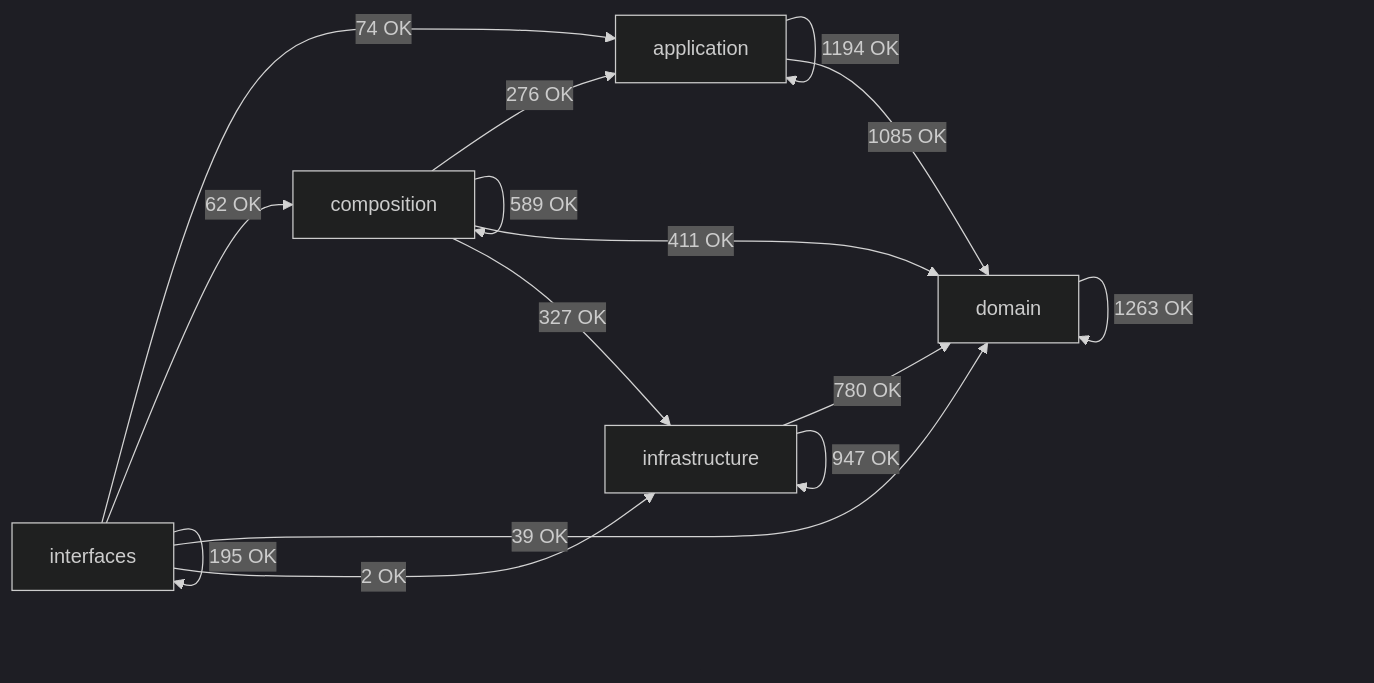
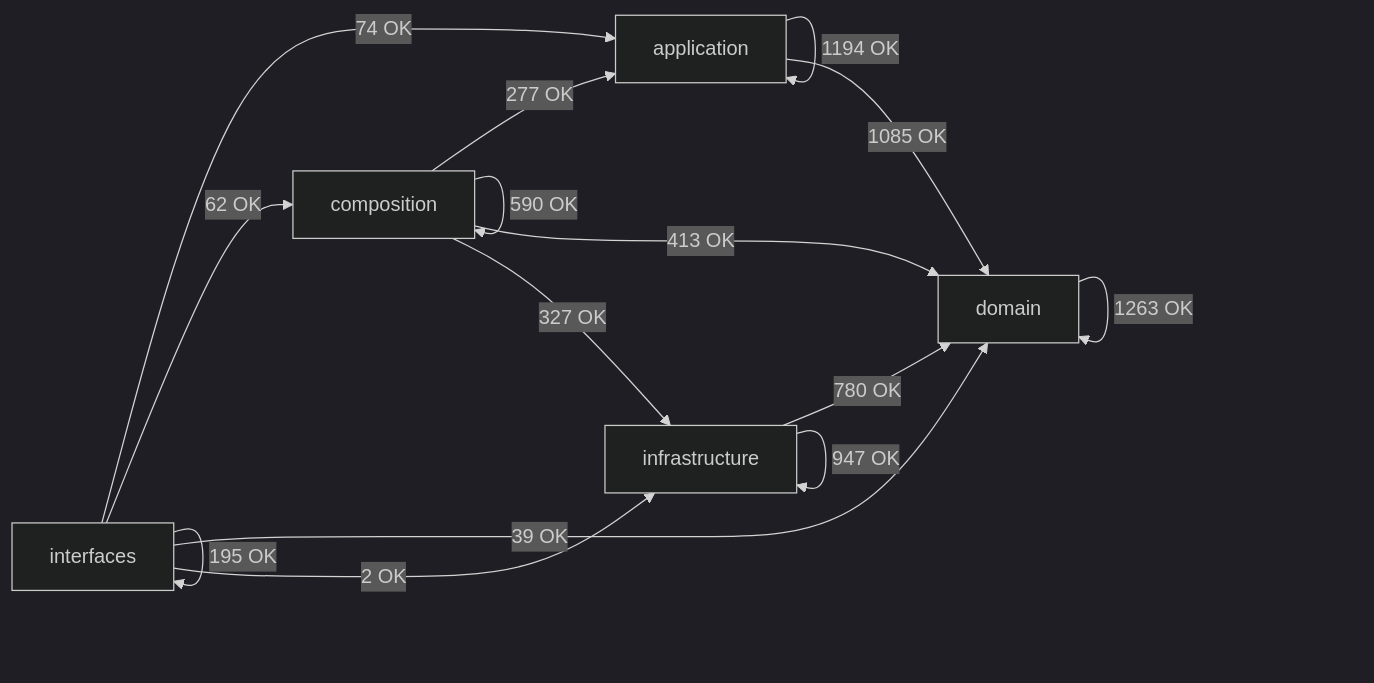
The diagram in docs/02-architecture/generated/module-dependency-map.md (SatoryKono/BioactivityDataAcquisition), drawn with Mermaid (dark theme) before and after one commit. The commit also changed other lines of this file and 42 other files, not shown here.

````diff
--- a/docs/02-architecture/generated/module-dependency-map.md
+++ b/docs/02-architecture/generated/module-dependency-map.md
@@ -17,22 +17,22 @@
 ```mermaid
 flowchart LR
     domain[domain]
     application[application]
     infrastructure[infrastructure]
     composition[composition]
     interfaces[interfaces]
     application -->|1194 OK| application
     application -->|1085 OK| domain
-    composition -->|276 OK| application
-    composition -->|589 OK| composition
-    composition -->|411 OK| domain
+    composition -->|277 OK| application
+    composition -->|590 OK| composition
+    composition -->|413 OK| domain
     composition -->|327 OK| infrastructure
     domain -->|1263 OK| domain
     infrastructure -->|780 OK| domain
     infrastructure -->|947 OK| infrastructure
     interfaces -->|74 OK| application
     interfaces -->|62 OK| composition
     interfaces -->|39 OK| domain
     interfaces -->|2 OK| infrastructure
     interfaces -->|195 OK| interfaces
 ```
````
